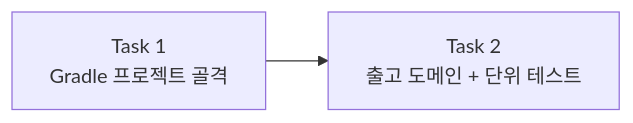
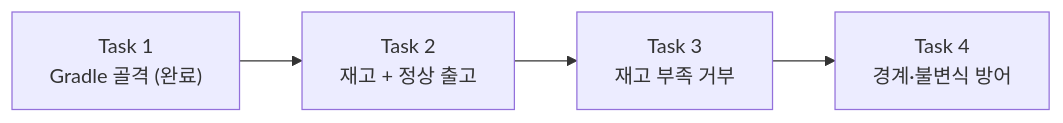
The diagram in docs/epics/outbound/3-plan/story1/tasks.md (JuJin1324/assignment-inventory-management), drawn with Mermaid before and after one commit. The commit also changed other lines of this file, not shown here.

Commit message:
docs: 출고 Story 1 Task 재분해 — Task 2를 동작 증분 3개로 (재고+정상출고 / 부족거부 / 경계·불변식)

````diff
--- a/docs/epics/outbound/3-plan/story1/tasks.md
+++ b/docs/epics/outbound/3-plan/story1/tasks.md
@@ -7,6 +7,8 @@
 ```mermaid
 graph LR
-    T1["Task 1<br/>Gradle 프로젝트 골격"]
-    T2["Task 2<br/>출고 도메인 + 단위 테스트"]
-    T1 --> T2
+    T1["Task 1<br/>Gradle 골격 (완료)"]
+    T2["Task 2<br/>재고 + 정상 출고"]
+    T3["Task 3<br/>재고 부족 거부"]
+    T4["Task 4<br/>경계·불변식 방어"]
+    T1 --> T2 --> T3 --> T4
 ```
````
